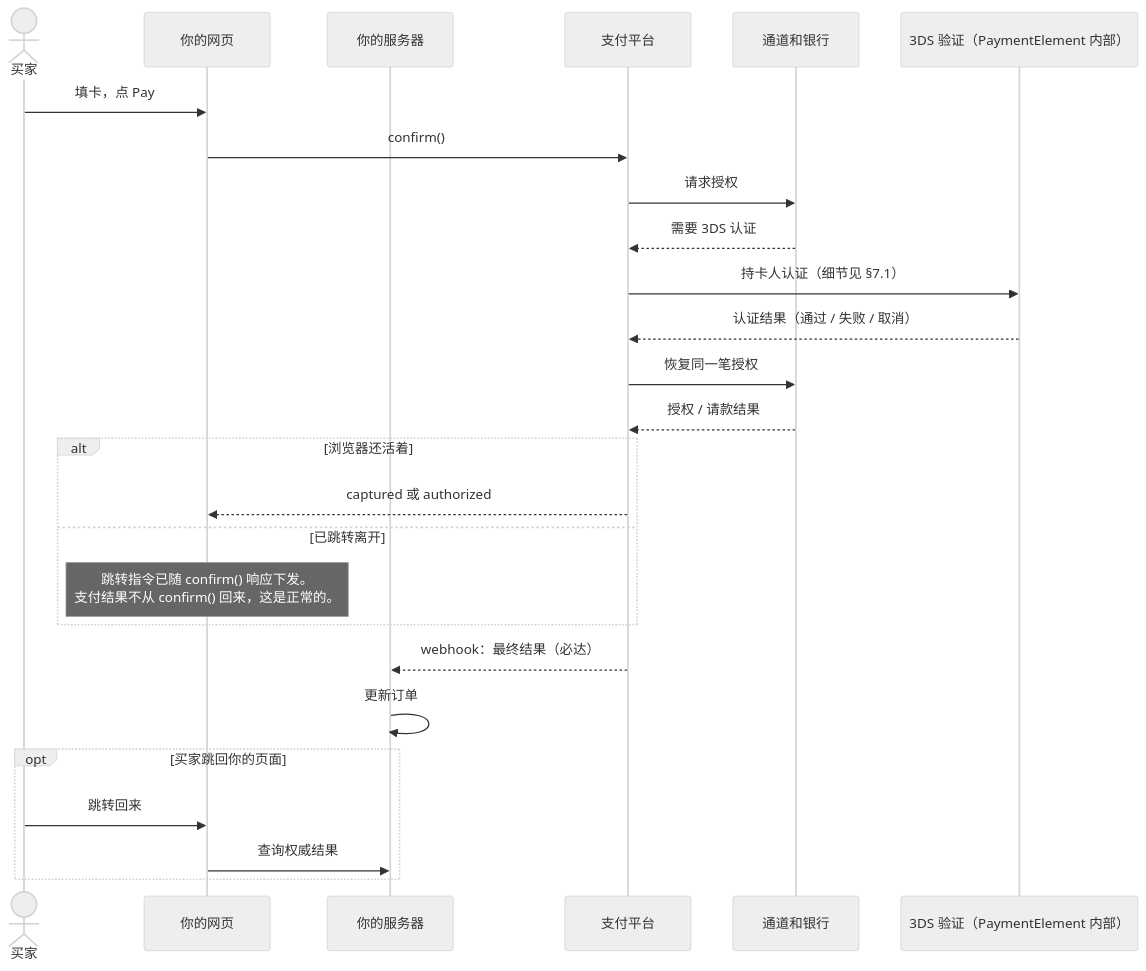
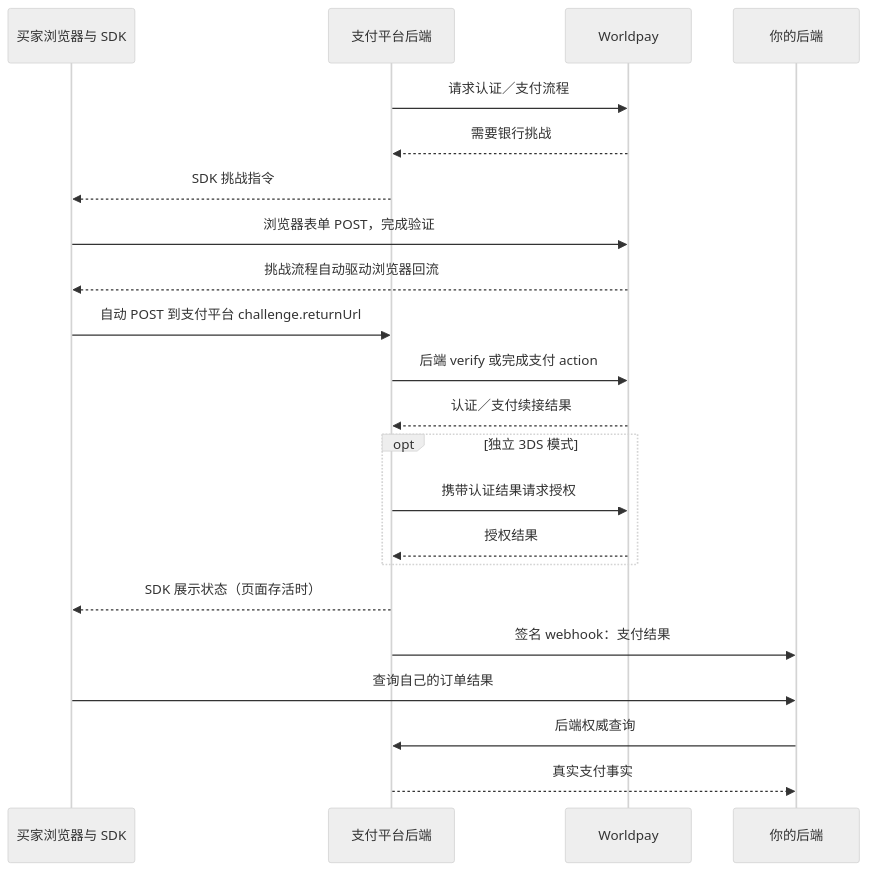
Before and after one commit to 1aboveio/wallet-architecture: the second of 2 diagrams in docs/payment-element-merchant-integration-guide.md, drawn with Mermaid (neutral theme). The commit also changed other lines of this file and 1 other file, not shown here.

First line of the commit message:
docs: clarify payment element integration and recovery contracts (#4)

````diff
--- a/docs/payment-element-merchant-integration-guide.md
+++ b/docs/payment-element-merchant-integration-guide.md
@@ -84,29 +518,24 @@
 ```mermaid
 sequenceDiagram
-    actor Buyer as 买家
-    participant Page as 你的网页
-    participant Server as 你的服务器
-    participant Pay as 支付平台
-    participant Bank as 通道和银行
-    participant DS3 as 3DS 验证（PaymentElement 内部）
-
-    Buyer->>Page: 填卡，点 Pay
-    Page->>Pay: confirm()
-    Pay->>Bank: 请求授权
-    Bank-->>Pay: 需要 3DS 认证
-    Pay->>DS3: 持卡人认证（细节见 §7.1）
-    DS3-->>Pay: 认证结果（通过 / 失败 / 取消）
-    Pay->>Bank: 恢复同一笔授权
-    Bank-->>Pay: 授权 / 请款结果
-    alt 浏览器还活着
-        Pay-->>Page: captured 或 authorized
-    else 已跳转离开
-        Note over Page: 跳转指令已随 confirm() 响应下发。<br/>支付结果不从 confirm() 回来，这是正常的。
+    participant B as 买家浏览器与 SDK
+    participant P as 支付平台后端
+    participant W as Worldpay
+    participant M as 你的后端
+    P->>W: 请求认证／支付流程
+    W-->>P: 需要银行挑战
+    P-->>B: SDK 挑战指令
+    B->>W: 浏览器表单 POST，完成验证
+    W-->>B: 挑战流程自动驱动浏览器回流
+    B->>P: 自动 POST 到支付平台 challenge.returnUrl
+    P->>W: 后端 verify 或完成支付 action
+    W-->>P: 认证／支付续接结果
+    opt 独立 3DS 模式
+        P->>W: 携带认证结果请求授权
+        W-->>P: 授权结果
     end
-    Pay-->>Server: webhook：最终结果（必达）
-    Server->>Server: 更新订单
-    opt 买家跳回你的页面
-        Buyer->>Page: 跳转回来
-        Page->>Server: 查询权威结果
-    end
+    P-->>B: SDK 展示状态（页面存活时）
+    P->>M: 签名 webhook：支付结果
+    B->>M: 查询自己的订单结果
+    M->>P: 后端权威查询
+    P-->>M: 真实支付事实
 ```
````
